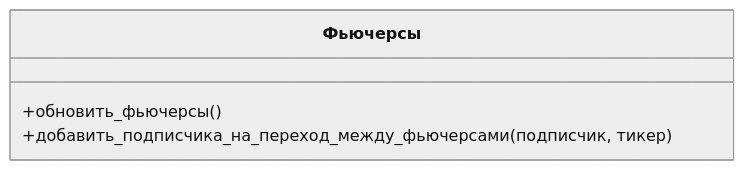
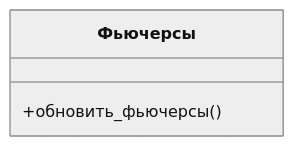
Before and after one commit to Marat22/MiriadRobotDocs: the eighth of 15 diagrams in controller-logic.md, drawn with Mermaid (neutral theme). The commit also changed other lines of this file, not shown here.

````diff
--- a/controller-logic.md
+++ b/controller-logic.md
@@ -272,7 +272,6 @@
 ```mermaid
 classDiagram
   class Фьючерсы{
     +обновить_фьючерсы()
-    +добавить_подписчика_на_переход_между_фьючерсами(подписчик, тикер)
   }
 ```
````
